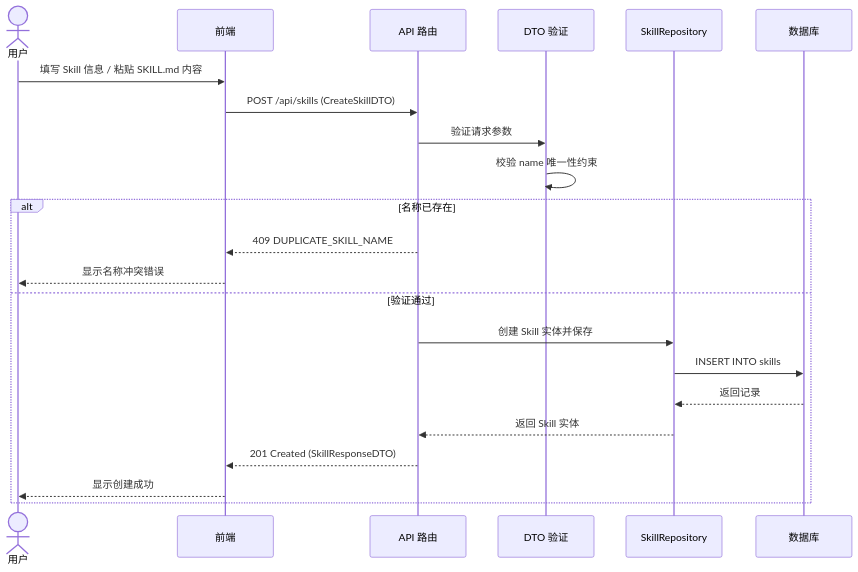
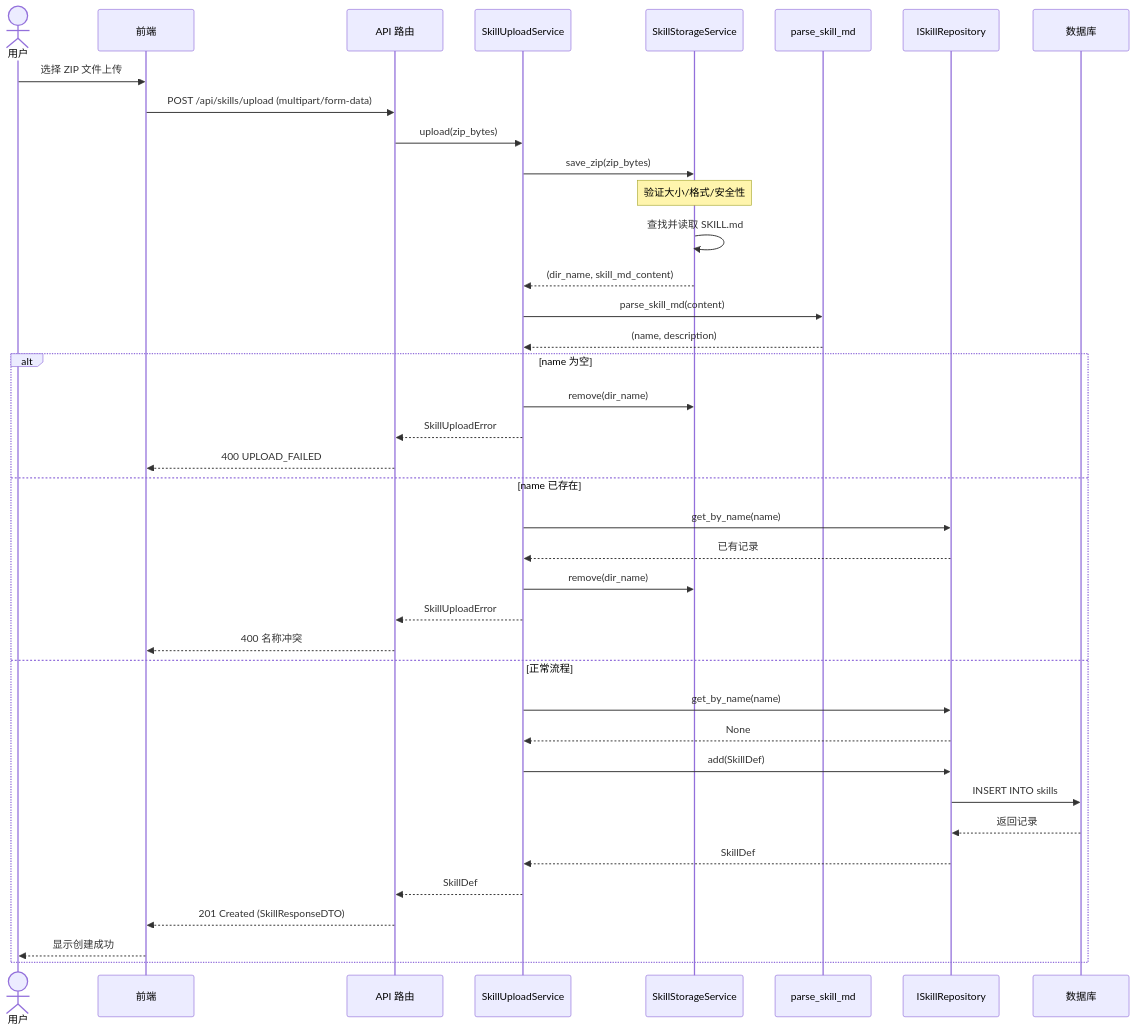
The second of 4 diagrams in design/6_skills-design.md (solarest/yanyun-agent), drawn with Mermaid before and after one commit. The commit also changed other lines of this file and 9 other files, not shown here.

````diff
--- a/design/6_skills-design.md
+++ b/design/6_skills-design.md
@@ -65,27 +78,45 @@
 ```mermaid
 sequenceDiagram
     actor User as 用户
     participant FE as 前端
     participant API as API 路由
-    participant DTO as DTO 验证
-    participant Repo as SkillRepository
+    participant Upload as SkillUploadService
+    participant Storage as SkillStorageService
+    participant Parser as parse_skill_md
+    participant Repo as ISkillRepository
     participant DB as 数据库
 
-    User->>FE: 填写 Skill 信息 / 粘贴 SKILL.md 内容
-    FE->>API: POST /api/skills (CreateSkillDTO)
-    
-    API->>DTO: 验证请求参数
-    DTO->>DTO: 校验 name 唯一性约束
-    
-    alt 名称已存在
-        API-->>FE: 409 DUPLICATE_SKILL_NAME
-        FE-->>User: 显示名称冲突错误
-    else 验证通过
-        API->>Repo: 创建 Skill 实体并保存
+    User->>FE: 选择 ZIP 文件上传
+    FE->>API: POST /api/skills/upload (multipart/form-data)
+
+    API->>Upload: upload(zip_bytes)
+    Upload->>Storage: save_zip(zip_bytes)
+    Note over Storage: 验证大小/格式/安全性
+    Storage->>Storage: 查找并读取 SKILL.md
+    Storage-->>Upload: (dir_name, skill_md_content)
+
+    Upload->>Parser: parse_skill_md(content)
+    Parser-->>Upload: (name, description)
+
+    alt name 为空
+        Upload->>Storage: remove(dir_name)
+        Upload-->>API: SkillUploadError
+        API-->>FE: 400 UPLOAD_FAILED
+    else name 已存在
+        Upload->>Repo: get_by_name(name)
+        Repo-->>Upload: 已有记录
+        Upload->>Storage: remove(dir_name)
+        Upload-->>API: SkillUploadError
+        API-->>FE: 400 名称冲突
+    else 正常流程
+        Upload->>Repo: get_by_name(name)
+        Repo-->>Upload: None
+        Upload->>Repo: add(SkillDef)
         Repo->>DB: INSERT INTO skills
         DB-->>Repo: 返回记录
-        Repo-->>API: 返回 Skill 实体
+        Repo-->>Upload: SkillDef
+        Upload-->>API: SkillDef
         API-->>FE: 201 Created (SkillResponseDTO)
         FE-->>User: 显示创建成功
     end
 ```
````
